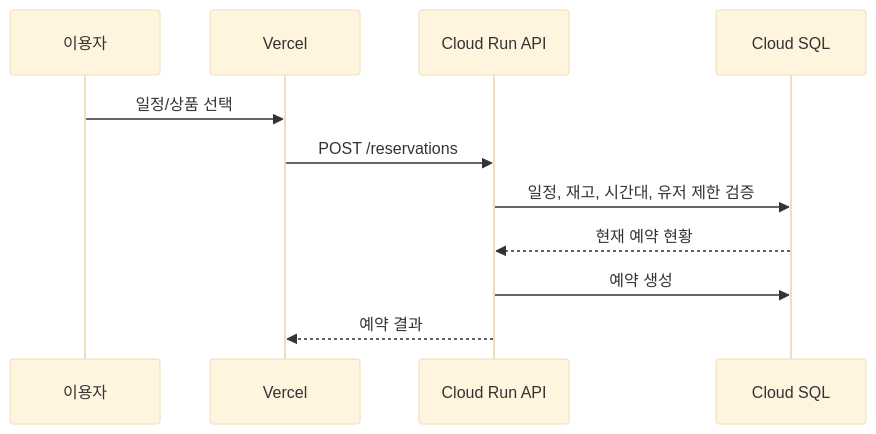
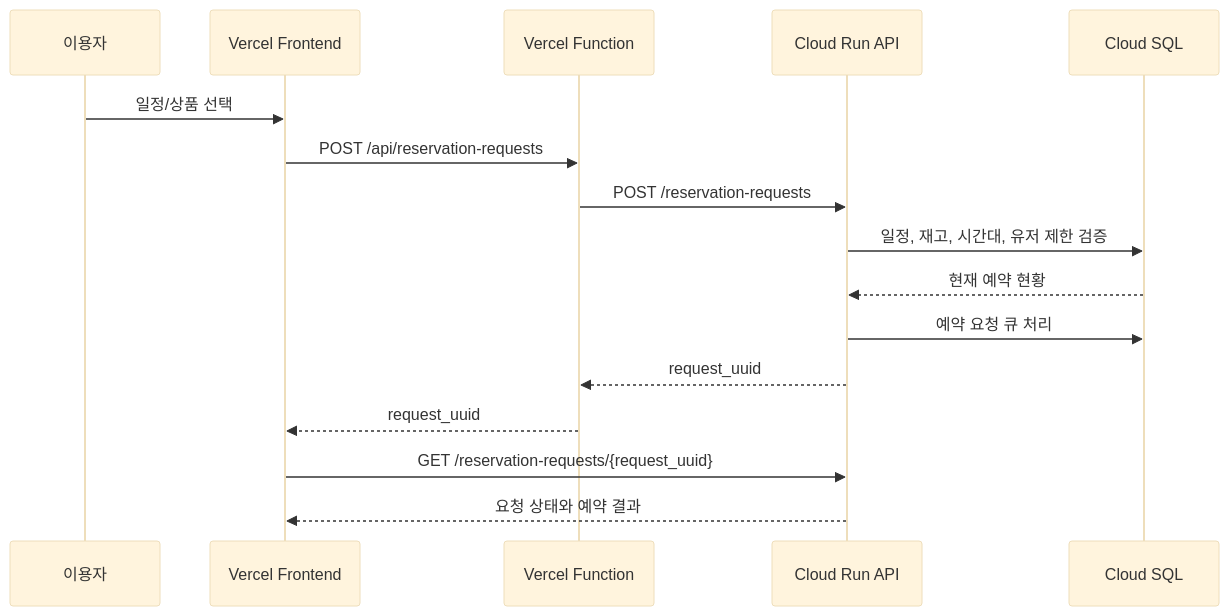
The second of 4 diagrams in docs/architecture.md (jeongwoo-gobroad/reservation.io-frontend), drawn with Mermaid (base theme) before and after one commit. The commit also changed 17 other files, not shown here.

````diff
--- a/docs/architecture.md
+++ b/docs/architecture.md
@@ -67,14 +67,19 @@
 ```mermaid
 sequenceDiagram
     participant User as 이용자
-    participant Front as Vercel
+    participant Front as Vercel Frontend
+    participant Gateway as Vercel Function
     participant Api as Cloud Run API
     participant Db as Cloud SQL
 
     User->>Front: 일정/상품 선택
-    Front->>Api: POST /reservations
+    Front->>Gateway: POST /api/reservation-requests
+    Gateway->>Api: POST /reservation-requests
     Api->>Db: 일정, 재고, 시간대, 유저 제한 검증
     Db-->>Api: 현재 예약 현황
-    Api->>Db: 예약 생성
-    Api-->>Front: 예약 결과
+    Api->>Db: 예약 요청 큐 처리
+    Api-->>Gateway: request_uuid
+    Gateway-->>Front: request_uuid
+    Front->>Api: GET /reservation-requests/{request_uuid}
+    Api-->>Front: 요청 상태와 예약 결과
 ```
````
